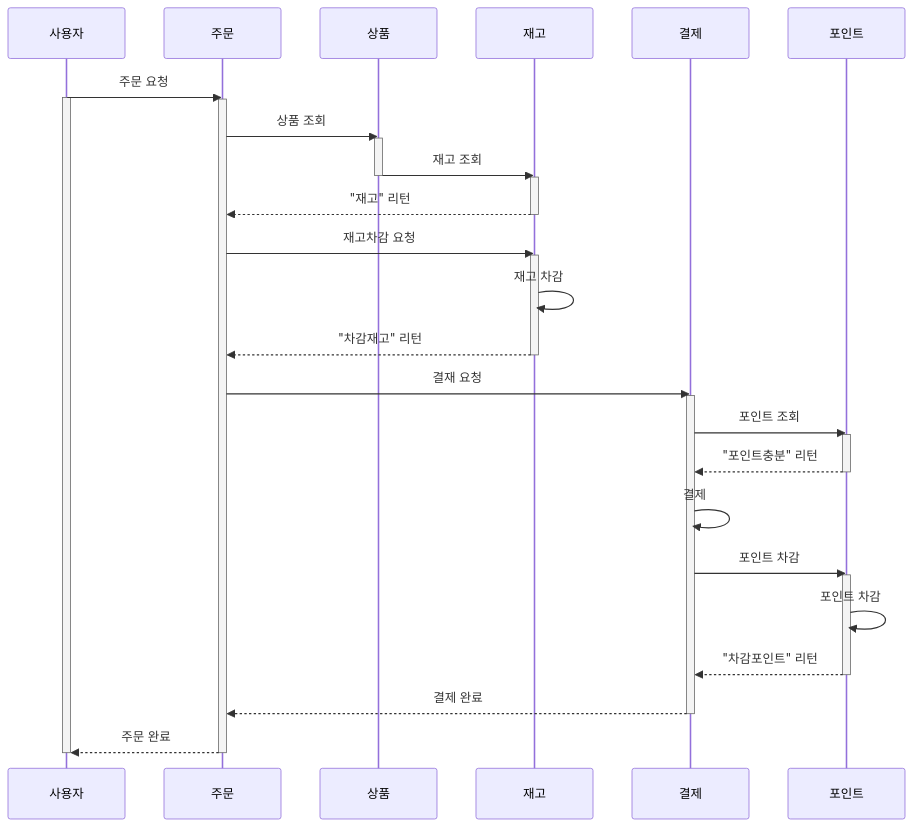
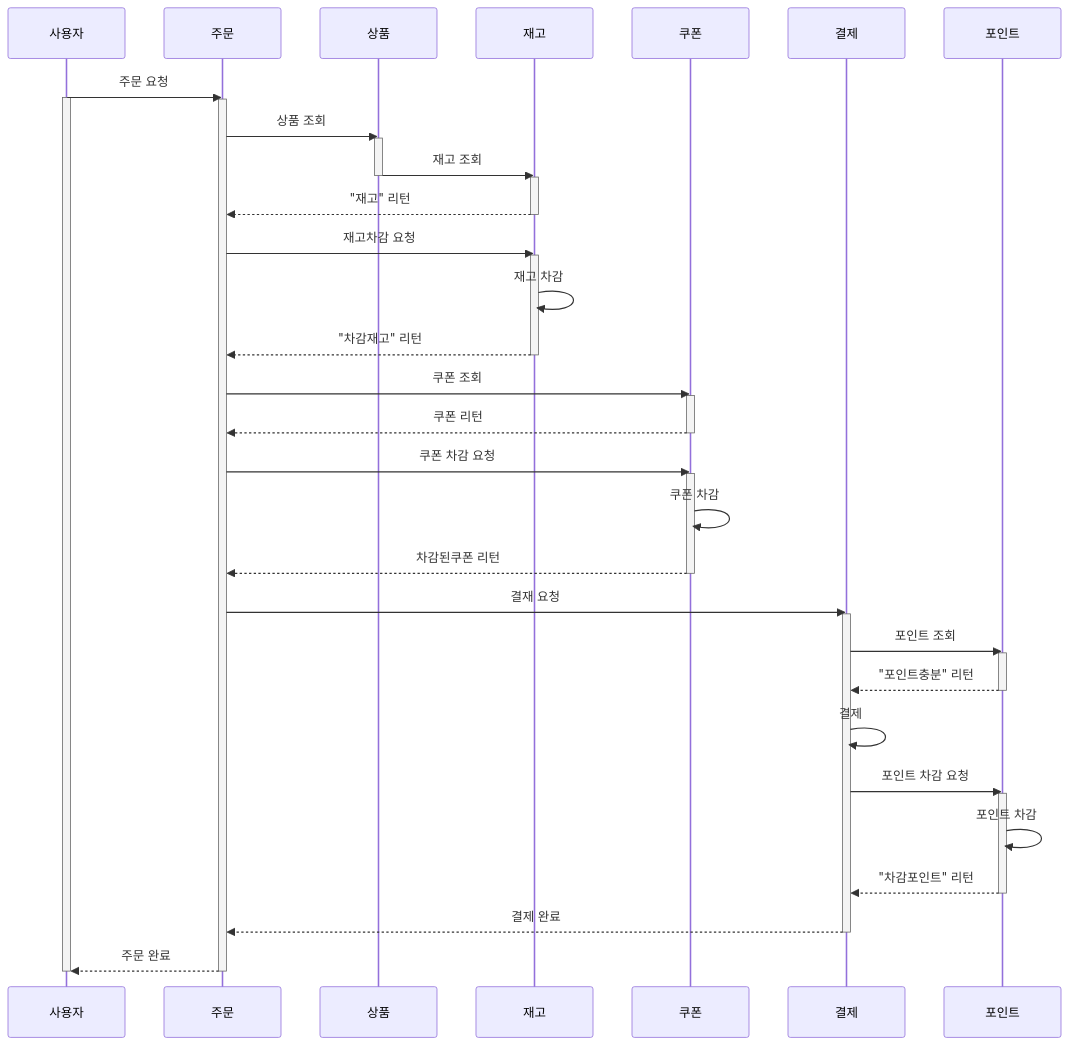
The fifth of 7 diagrams in docs/sequence/sequence-diagram.md (chapakook/kotlin-ecommerce), drawn with Mermaid before and after one commit.

Commit message:
[DOC] sequence-diagrem 주문/결제에서 쿠폰 사용 시퀀스 추가

````diff
--- a/docs/sequence/sequence-diagram.md
+++ b/docs/sequence/sequence-diagram.md
@@ -132,35 +132,44 @@
 ```mermaid
 sequenceDiagram
     사용자 ->> 주문 : 주문 요청
     activate 사용자
     activate 주문
     주문 ->> 상품 : 상품 조회
     activate 상품
     상품 ->> 재고 : 재고 조회
     deactivate 상품
     activate 재고
     재고 -->> 주문 : "재고" 리턴
     deactivate 재고
     주문 ->> 재고 : 재고차감 요청
     activate 재고
     재고 ->> 재고 : 재고 차감
     재고 -->> 주문 : "차감재고" 리턴
     deactivate 재고
+    주문 ->> 쿠폰 : 쿠폰 조회
+    activate 쿠폰
+    쿠폰 -->> 주문 : 쿠폰 리턴
+    deactivate 쿠폰
+    주문 ->> 쿠폰 : 쿠폰 차감 요청
+    activate 쿠폰
+    쿠폰 ->> 쿠폰 : 쿠폰 차감
+    쿠폰 -->> 주문 : 차감된쿠폰 리턴
+    deactivate 쿠폰
     주문 ->> 결제 : 결재 요청
     activate 결제
     결제 ->> 포인트 : 포인트 조회
     activate 포인트
     포인트 -->> 결제 : "포인트충분" 리턴
     deactivate 포인트
     결제 ->> 결제 : 결제
-    결제 ->> 포인트 : 포인트 차감
+    결제 ->> 포인트 : 포인트 차감 요청
     activate 포인트
     포인트 ->> 포인트 : 포인트 차감
     포인트 -->> 결제 : "차감포인트" 리턴
     deactivate 포인트
     결제 -->> 주문 : 결제 완료
     deactivate 결제
     주문 -->> 사용자 : 주문 완료
     deactivate 주문
     deactivate 사용자
 ```
````
